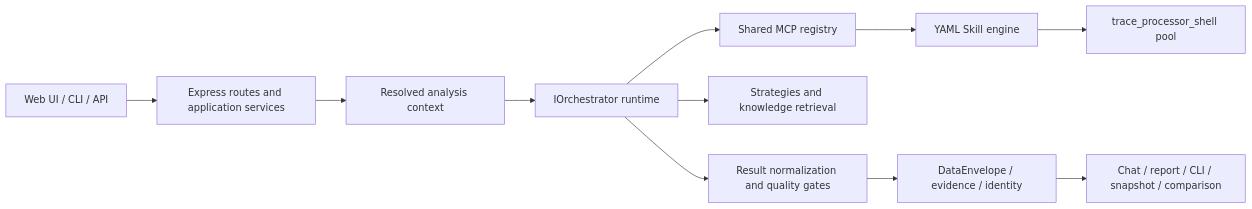
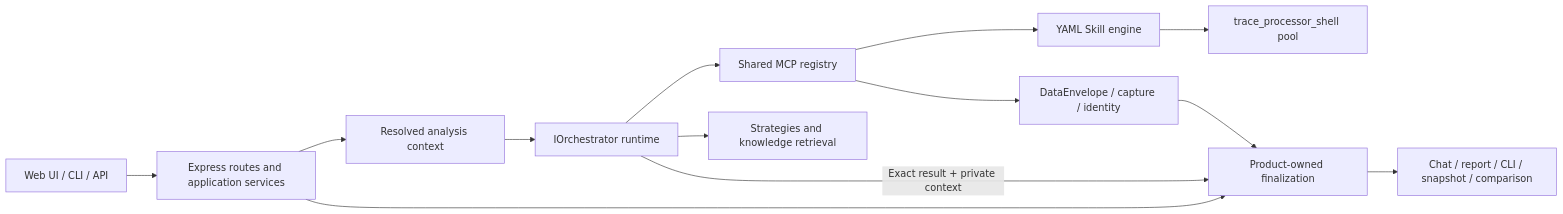
The diagram in docs/architecture/technical-architecture.en.md (Gracker/SmartPerfetto), drawn with Mermaid before and after one commit. The commit also changed other lines of this file and 19 other files, not shown here.

First line of the commit message:
docs: refresh architecture guidance and streamline test ownership

````diff
--- a/docs/architecture/technical-architecture.en.md
+++ b/docs/architecture/technical-architecture.en.md
@@ -31,13 +31,15 @@
 ```mermaid
 flowchart LR
   U["Web UI / CLI / API"] --> R["Express routes and application services"]
   R --> C["Resolved analysis context"]
   C --> O["IOrchestrator runtime"]
   O --> M["Shared MCP registry"]
   M --> S["YAML Skill engine"]
   S --> T["trace_processor_shell pool"]
   O --> K["Strategies and knowledge retrieval"]
-  O --> Q["Result normalization and quality gates"]
-  Q --> D["DataEnvelope / evidence / identity"]
-  D --> X["Chat / report / CLI / snapshot / comparison"]
+  R --> Q["Product-owned finalization"]
+  O -->|"Exact result + private context"| Q
+  M --> D["DataEnvelope / capture / identity"]
+  D --> Q
+  Q --> X["Chat / report / CLI / snapshot / comparison"]
 ```
````
